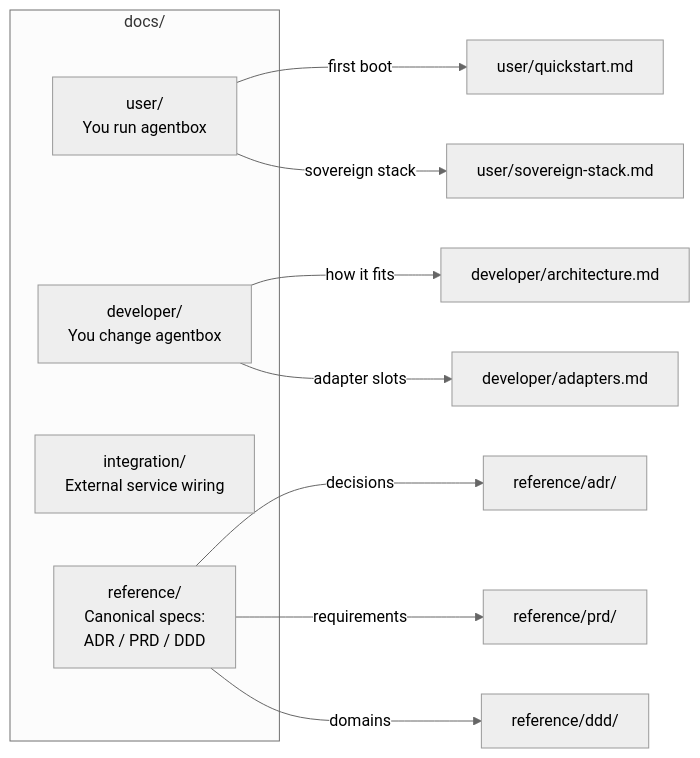
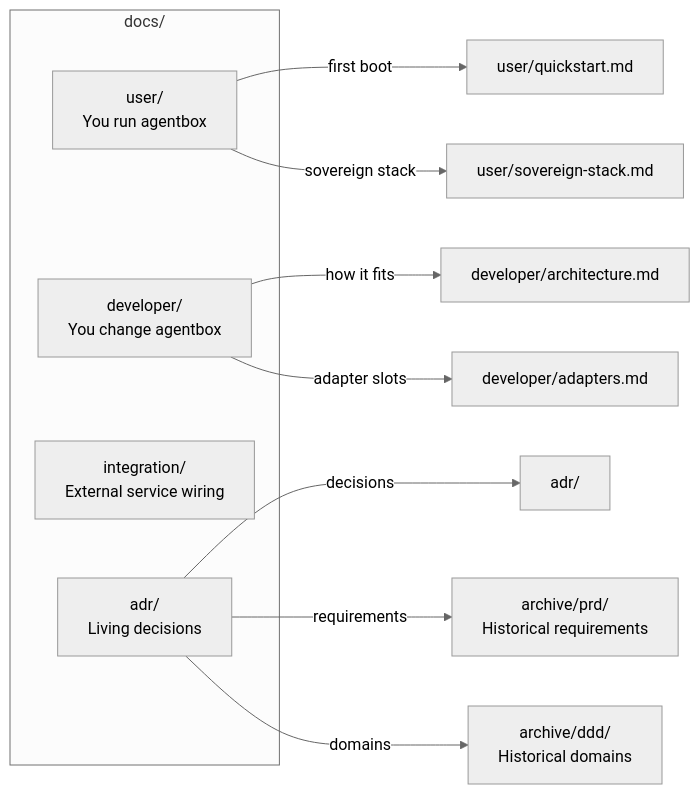
One commit to DreamLab-AI/agentbox changed the diagram in docs/README.md. Above: the diagram before and after it, drawn with Mermaid (neutral theme). The commit also changed other lines of this file and 32 other files, not shown here.

````diff
--- a/docs/README.md
+++ b/docs/README.md
@@ -9,16 +9,16 @@
 ```mermaid
 flowchart LR
     subgraph docs["docs/"]
         U["user/<br/>You run agentbox"]
         D["developer/<br/>You change agentbox"]
         I["integration/<br/>External service wiring"]
-        R["reference/<br/>Canonical specs:<br/>ADR / PRD / DDD"]
+        R["adr/<br/>Living decisions"]
     end
     U -->|"first boot"| QS["user/quickstart.md"]
     U -->|"sovereign stack"| SS["user/sovereign-stack.md"]
     D -->|"how it fits"| AR["developer/architecture.md"]
     D -->|"adapter slots"| AD["developer/adapters.md"]
-    R -->|"decisions"| ADR["reference/adr/"]
-    R -->|"requirements"| PRD["reference/prd/"]
-    R -->|"domains"| DDD["reference/ddd/"]
+    R -->|"decisions"| ADR["adr/"]
+    R -->|"requirements"| PRD["archive/prd/<br/>Historical requirements"]
+    R -->|"domains"| DDD["archive/ddd/<br/>Historical domains"]
 ```
````
